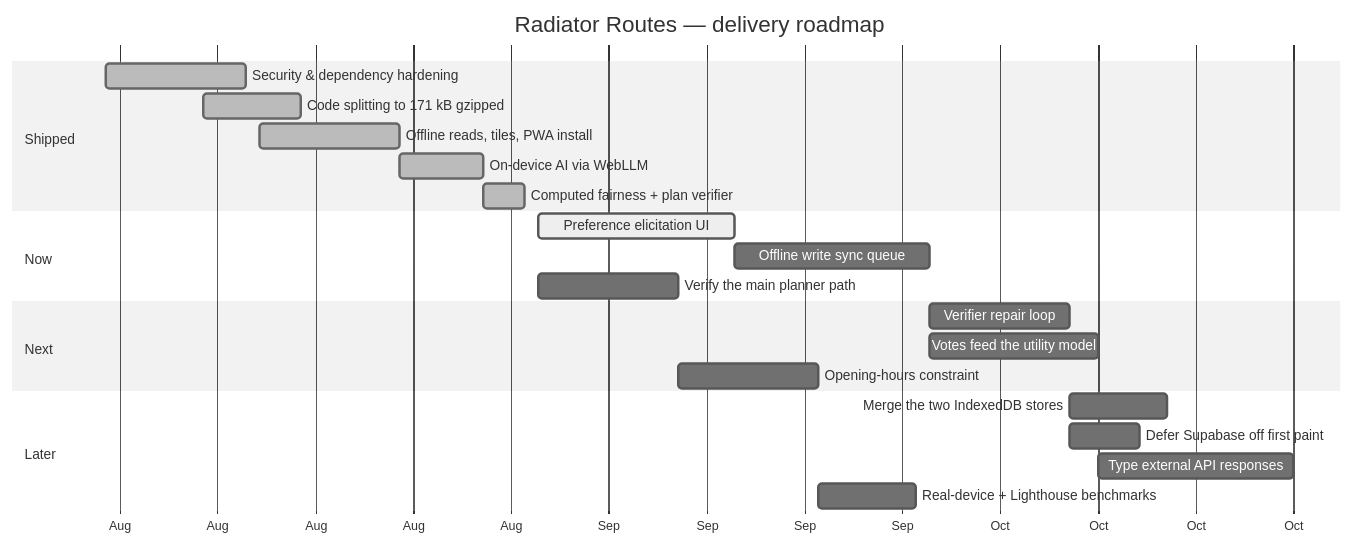
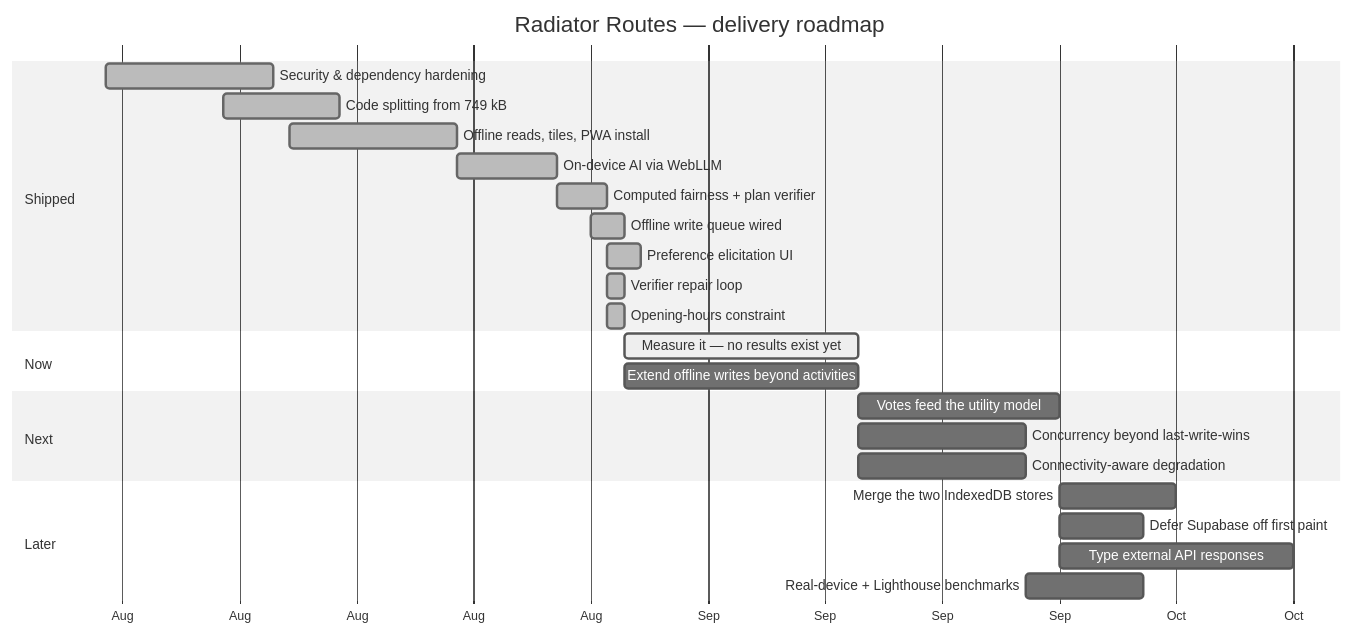
Before and after one commit to HarshTambade/Radiator-Routes: the second of 2 diagrams in README.md, drawn with Mermaid (neutral theme). The commit also changed other lines of this file and 3 other files, not shown here.

````diff
--- a/README.md
+++ b/README.md
@@ -832,25 +869,28 @@
 ```mermaid
 gantt
     title Radiator Routes — delivery roadmap
     dateFormat YYYY-MM-DD
     axisFormat %b
     section Shipped
     Security & dependency hardening      :done, s1, 2026-08-01, 10d
-    Code splitting to 171 kB gzipped     :done, s2, 2026-08-08, 7d
+    Code splitting from 749 kB           :done, s2, 2026-08-08, 7d
     Offline reads, tiles, PWA install    :done, s3, 2026-08-12, 10d
     On-device AI via WebLLM              :done, s4, 2026-08-22, 6d
     Computed fairness + plan verifier    :done, s5, 2026-08-28, 3d
+    Offline write queue wired            :done, s6, 2026-08-30, 2d
+    Preference elicitation UI            :done, s7, 2026-08-31, 2d
+    Verifier repair loop                 :done, s8, 2026-08-31, 1d
+    Opening-hours constraint             :done, s9, 2026-08-31, 1d
     section Now
-    Preference elicitation UI            :active, n1, 2026-09-01, 14d
-    Offline write sync queue             :n2, after n1, 14d
-    Verify the main planner path         :n3, 2026-09-01, 10d
+    Measure it — no results exist yet    :active, n1, 2026-09-01, 14d
+    Extend offline writes beyond activities :n2, 2026-09-01, 14d
     section Next
-    Verifier repair loop                 :x1, after n2, 10d
-    Votes feed the utility model         :x2, after n2, 12d
-    Opening-hours constraint             :x3, after n3, 10d
+    Votes feed the utility model         :x1, after n2, 12d
+    Concurrency beyond last-write-wins   :x2, after n2, 10d
+    Connectivity-aware degradation       :x3, after n1, 10d
     section Later
     Merge the two IndexedDB stores       :l1, after x1, 7d
     Defer Supabase off first paint       :l2, after x1, 5d
-    Type external API responses          :l3, after x2, 14d
+    Type external API responses          :l3, after x1, 14d
     Real-device + Lighthouse benchmarks  :l4, after x3, 7d
 ```
````
